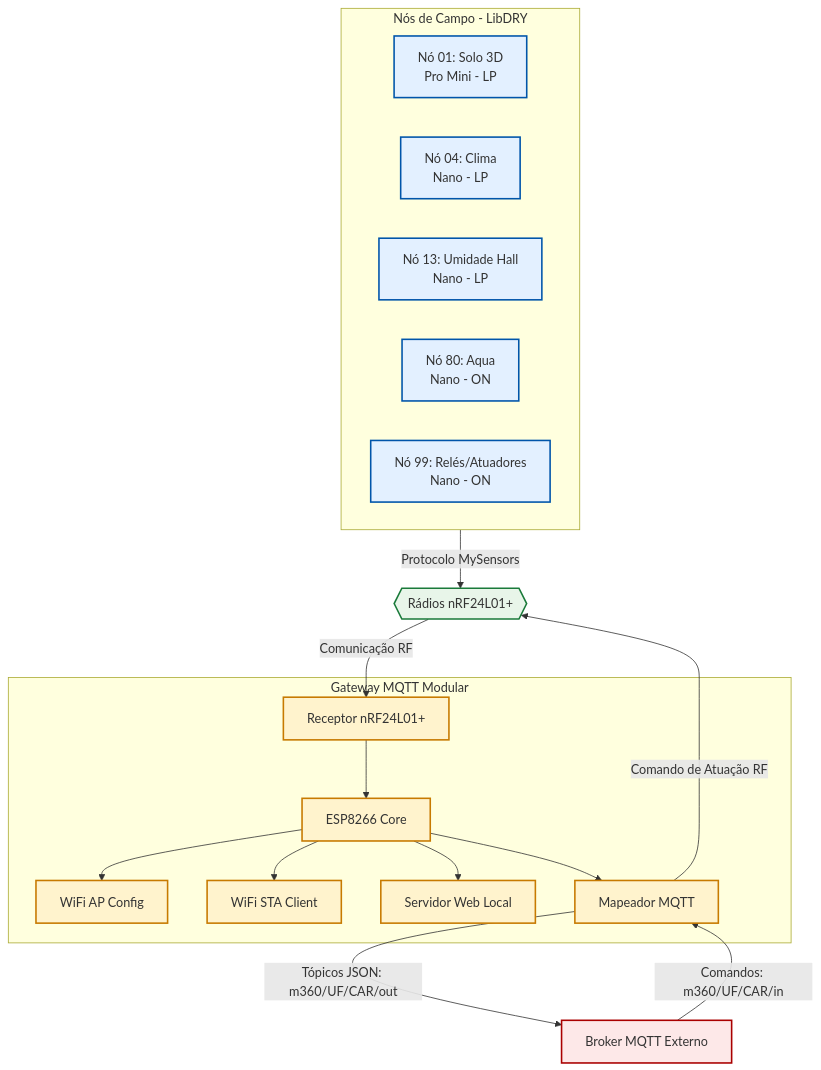
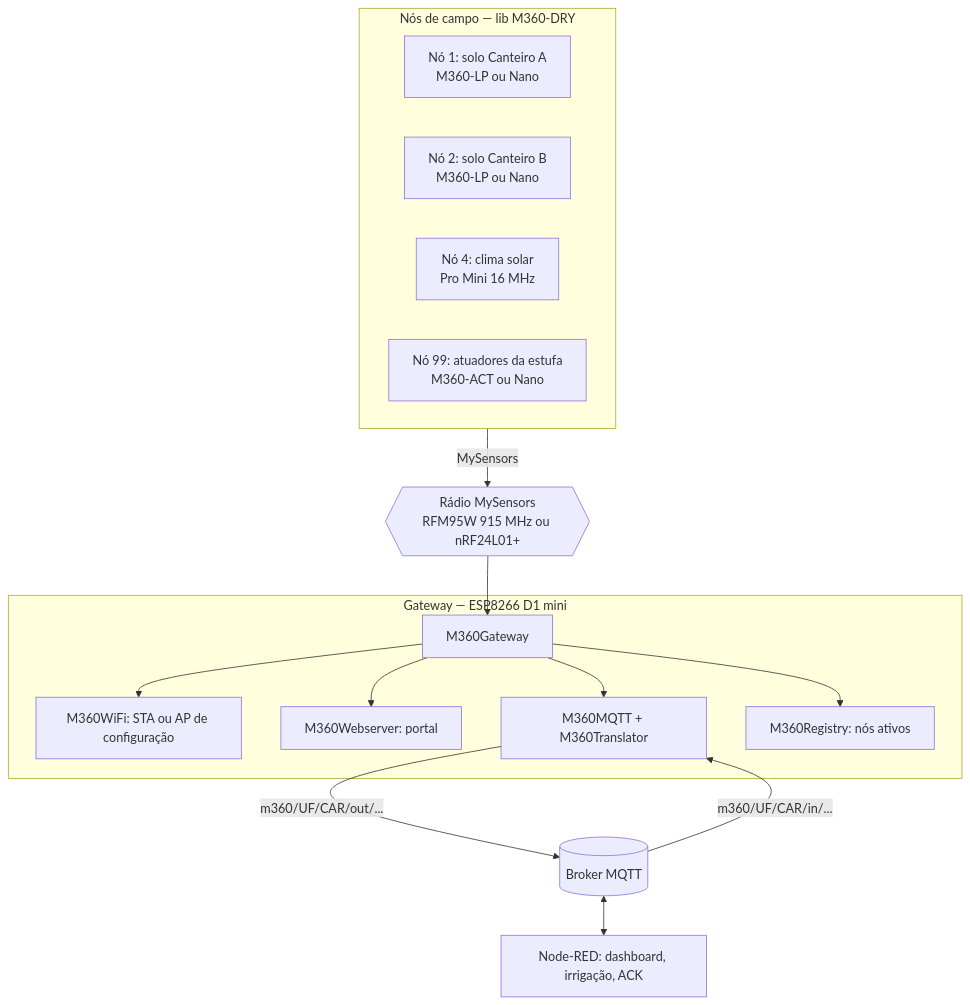
The diagram in src/DRY/README.md (heliomx/m360_horta), drawn with Mermaid before and after one commit. The commit also changed other lines of this file and 6 other files, not shown here.

````diff
--- a/src/DRY/README.md
+++ b/src/DRY/README.md
@@ -13,48 +18,31 @@
 ```mermaid
 graph TD
-    %% Nós de Campo
-    subgraph NosCampo [Nós de Campo - LibDRY]
-        N01[Nó 01: Solo 3D<br/>Pro Mini - LP]
-        N04[Nó 04: Clima<br/>Nano - LP]
-        N13[Nó 13: Umidade Hall<br/>Nano - LP]
-        N80[Nó 80: Aqua<br/>Nano - ON]
-        N99[Nó 99: Relés/Atuadores<br/>Nano - ON]
+    subgraph Campo [Nós de campo — lib M360-DRY]
+        N01[Nó 1: solo Canteiro A<br/>M360-LP ou Nano]
+        N02[Nó 2: solo Canteiro B<br/>M360-LP ou Nano]
+        N04[Nó 4: clima solar<br/>Pro Mini 16 MHz]
+        N99[Nó 99: atuadores da estufa<br/>M360-ACT ou Nano]
     end
 
-    %% Comunicação Rádio
-    NRF_Nos{{Rádios nRF24L01+}}
-    NosCampo -->|Protocolo MySensors| NRF_Nos
+    Radio{{Rádio MySensors<br/>RFM95W 915 MHz ou nRF24L01+}}
+    Campo -->|MySensors| Radio
 
-    %% Gateway
-    subgraph GatewayCentral [Gateway MQTT Modular]
-        GW_Radio[Receptor nRF24L01+]
-        GW_Core[ESP8266 Core]
-        GW_AP[WiFi AP Config]
-        GW_STA[WiFi STA Client]
-        GW_Web[Servidor Web Local]
-        GW_MQTT[Mapeador MQTT]
+    subgraph GW [Gateway — ESP8266 D1 mini]
+        GW_Core[M360Gateway]
+        GW_WiFi[M360WiFi: STA ou AP de configuração]
+        GW_Web[M360Webserver: portal]
+        GW_MQTT[M360MQTT + M360Translator]
+        GW_Reg[M360Registry: nós ativos]
     end
 
-    NRF_Nos -->|Comunicação RF| GW_Radio
-    GW_Radio --> GW_Core
-    GW_Core --> GW_AP
-    GW_Core --> GW_STA
+    Radio --> GW_Core
+    GW_Core --> GW_WiFi
     GW_Core --> GW_Web
     GW_Core --> GW_MQTT
+    GW_Core --> GW_Reg
 
-    %% Nuvem / Backend
-    Broker[Broker MQTT Externo]
-    GW_MQTT -->|Tópicos JSON: m360/UF/CAR/out| Broker
-    Broker -->|Comandos: m360/UF/CAR/in| GW_MQTT
-    GW_MQTT -->|Comando de Atuação RF| NRF_Nos
-
-    classDef no fill:#e3f0ff,stroke:#0055aa,stroke-width:2px;
-    classDef gw fill:#fff3cd,stroke:#c77a00,stroke-width:2px;
-    classDef radio fill:#e8f5e9,stroke:#1a7a3a,stroke-width:2px;
-    classDef broker fill:#fde8e8,stroke:#aa0000,stroke-width:2px;
-
-    class N01,N04,N13,N80,N99 no;
-    class GW_Radio,GW_Core,GW_AP,GW_STA,GW_Web,GW_MQTT gw;
-    class NRF_Nos radio;
-    class Broker broker;
+    Broker[(Broker MQTT)]
+    GW_MQTT -->|m360/UF/CAR/out/...| Broker
+    Broker -->|m360/UF/CAR/in/...| GW_MQTT
+    Broker <--> NR[Node-RED: dashboard, irrigação, ACK]
 ```
````
